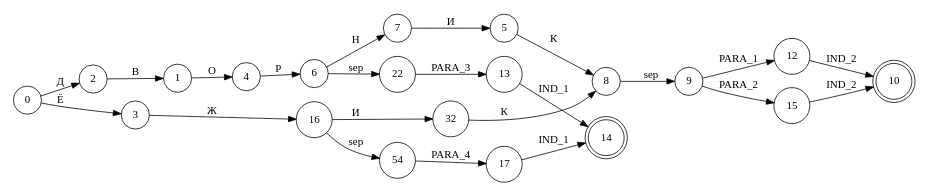
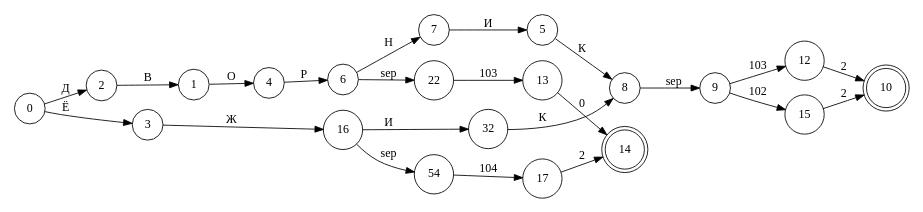
One commit to pymorphy2/pymorphy2 changed the diagram in docs/internals/dict.rst. Above: the diagram before and after it, drawn with Graphviz. The commit also changed other lines of this file and 2 other files, not shown here.

Commit message:
small cleanups

```diff
--- a/docs/internals/dict.rst
+++ b/docs/internals/dict.rst
@@ -252,30 +252,30 @@
 .. digraph:: foo
 
     rankdir=LR;
     size=9;
 
     node [shape = doublecircle]; 10 14;
     node [shape = circle];
 
     0 -> 2 [label=Д];
     0 -> 3 [label=Ё];
     1 -> 4 [label=О];
     2 -> 1 [label=В];
     3 -> 16 [label=Ж];
     4 -> 6 [label=Р];
     5 -> 8 [label=К];
     6 -> 7 [label=Н];
     6 -> 22 [label=sep];
     7 -> 5 [label=И];
     8 -> 9 [label=sep];
-    9 -> 12 [label=PARA_1];
-    9 -> 15 [label=PARA_2];
-    12 -> 10 [label=IND_2];
-    13 -> 14 [label=IND_1];
-    15 -> 10 [label=IND_2];
+    9 -> 12 [label="103"];
+    9 -> 15 [label="102"];
+    12 -> 10 [label="2"];
+    13 -> 14 [label="0"];
+    15 -> 10 [label="2"];
     16 -> 32 [label=И];
     16 -> 54 [label=sep];
-    17 -> 14 [label=IND_1];
-    22 -> 13 [label=PARA_3];
+    17 -> 14 [label="2"];
+    22 -> 13 [label="103"];
     32 -> 8 [label=К];
-    54 -> 17 [label=PARA_4];
+    54 -> 17 [label="104"];
```
